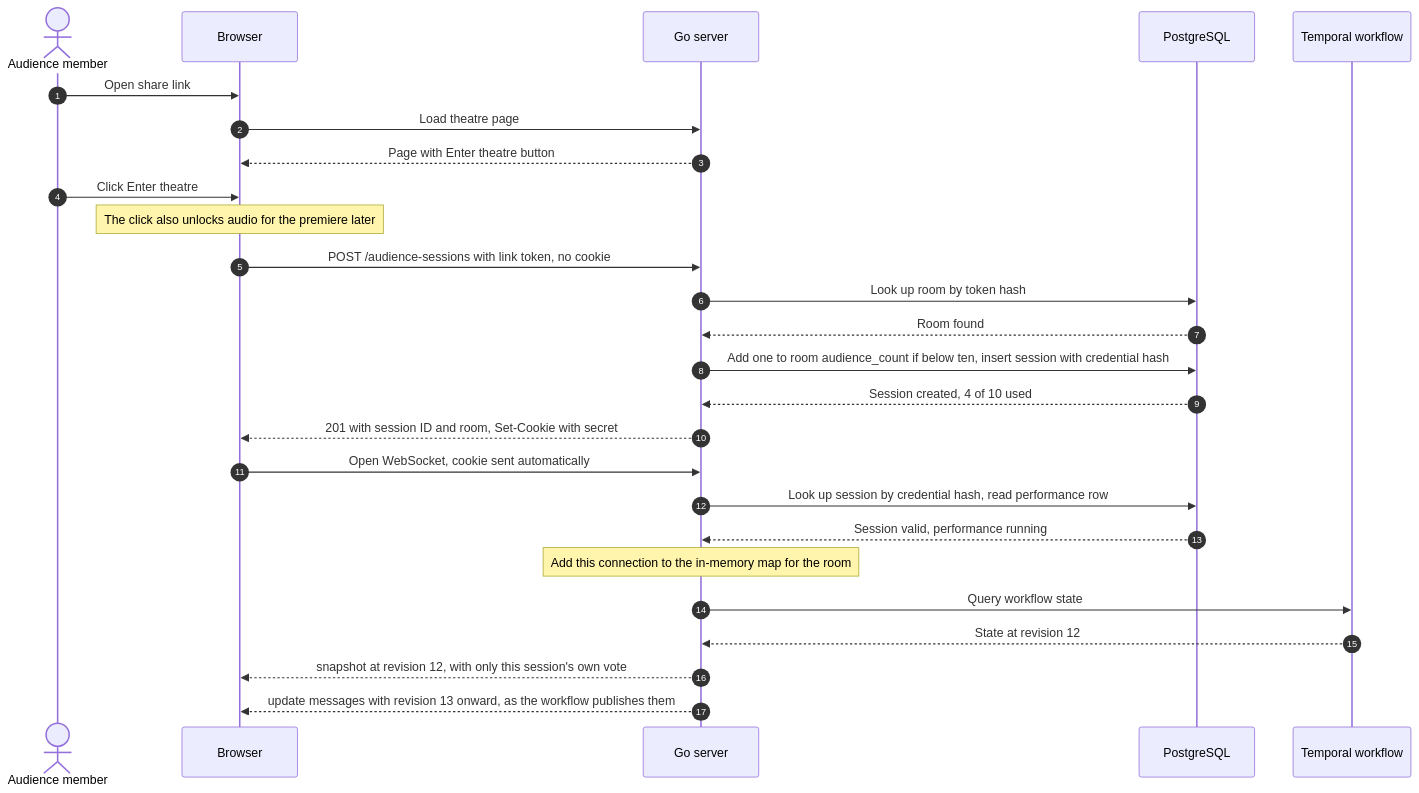
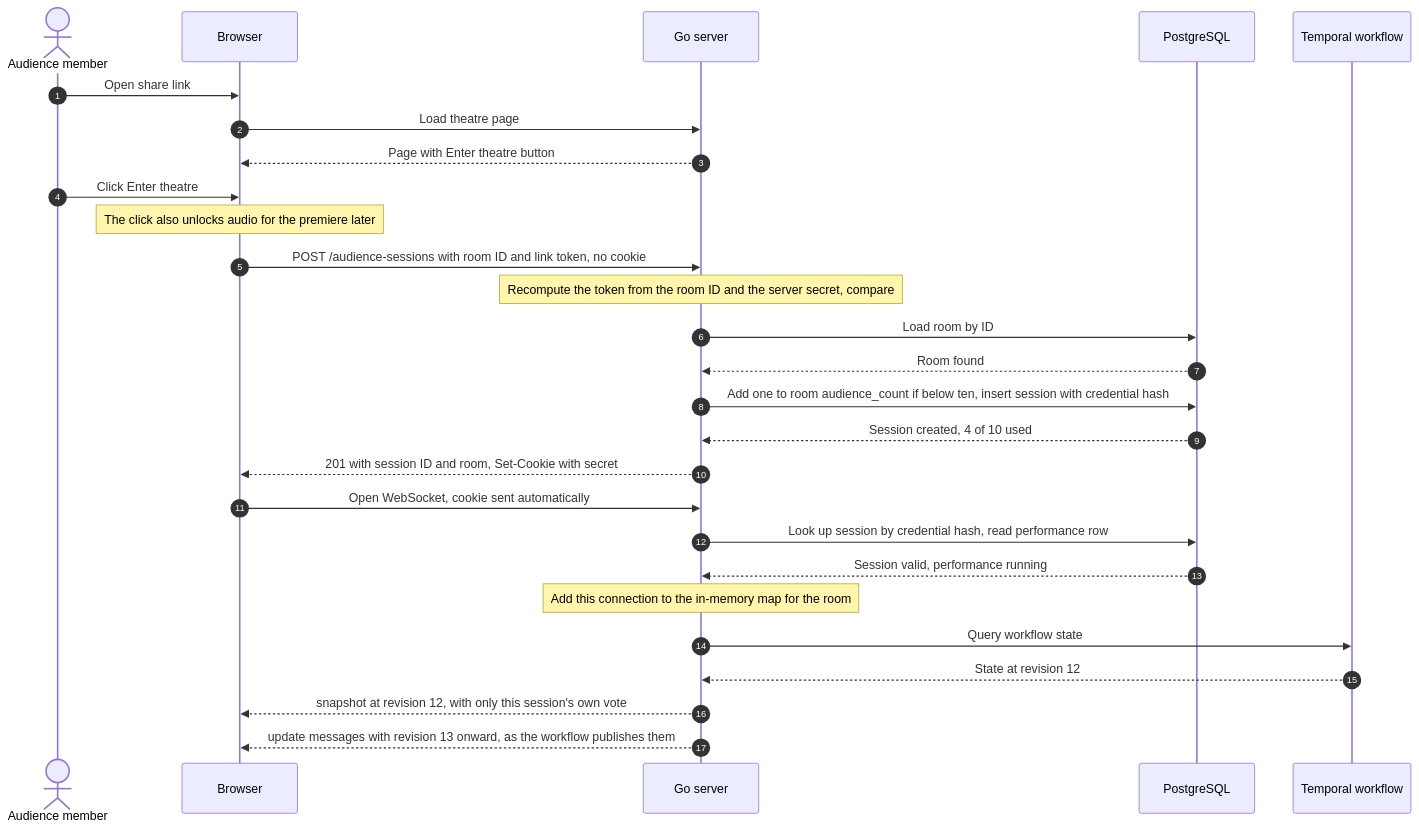
The first of 3 diagrams in docs/audience-session.md (conghan-tay/MonsterTheatre_01), drawn with Mermaid before and after one commit. The commit also changed other lines of this file and 23 other files, not shown here.

````diff
--- a/docs/audience-session.md
+++ b/docs/audience-session.md
@@ -66,29 +66,30 @@
 ```mermaid
 sequenceDiagram
     autonumber
     actor A as Audience member
     participant B as Browser
     participant S as Go server
     participant DB as PostgreSQL
     participant T as Temporal workflow
 
     A->>B: Open share link
     B->>S: Load theatre page
     S-->>B: Page with Enter theatre button
     A->>B: Click Enter theatre
     Note over B: The click also unlocks audio for the premiere later
-    B->>S: POST /audience-sessions with link token, no cookie
-    S->>DB: Look up room by token hash
+    B->>S: POST /audience-sessions with room ID and link token, no cookie
+    Note over S: Recompute the token from the room ID and the server secret, compare
+    S->>DB: Load room by ID
     DB-->>S: Room found
     S->>DB: Add one to room audience_count if below ten, insert session with credential hash
     DB-->>S: Session created, 4 of 10 used
     S-->>B: 201 with session ID and room, Set-Cookie with secret
     B->>S: Open WebSocket, cookie sent automatically
     S->>DB: Look up session by credential hash, read performance row
     DB-->>S: Session valid, performance running
     Note over S: Add this connection to the in-memory map for the room
     S->>T: Query workflow state
     T-->>S: State at revision 12
     S-->>B: snapshot at revision 12, with only this session's own vote
     S-->>B: update messages with revision 13 onward, as the workflow publishes them
 ```
````
